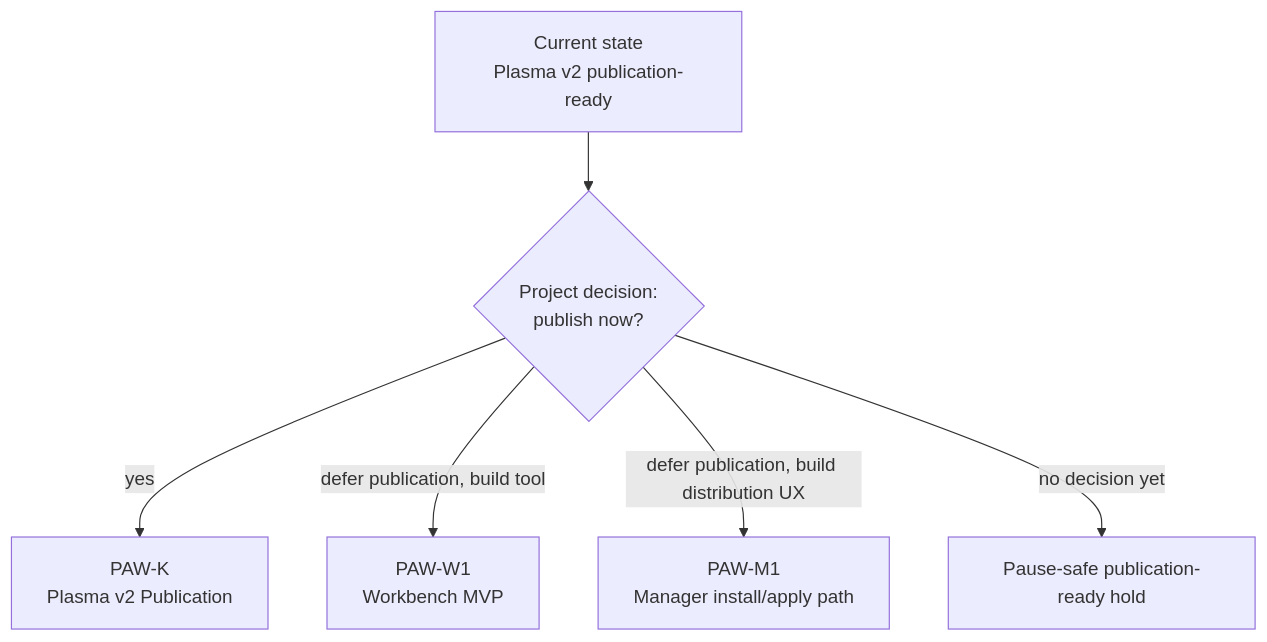
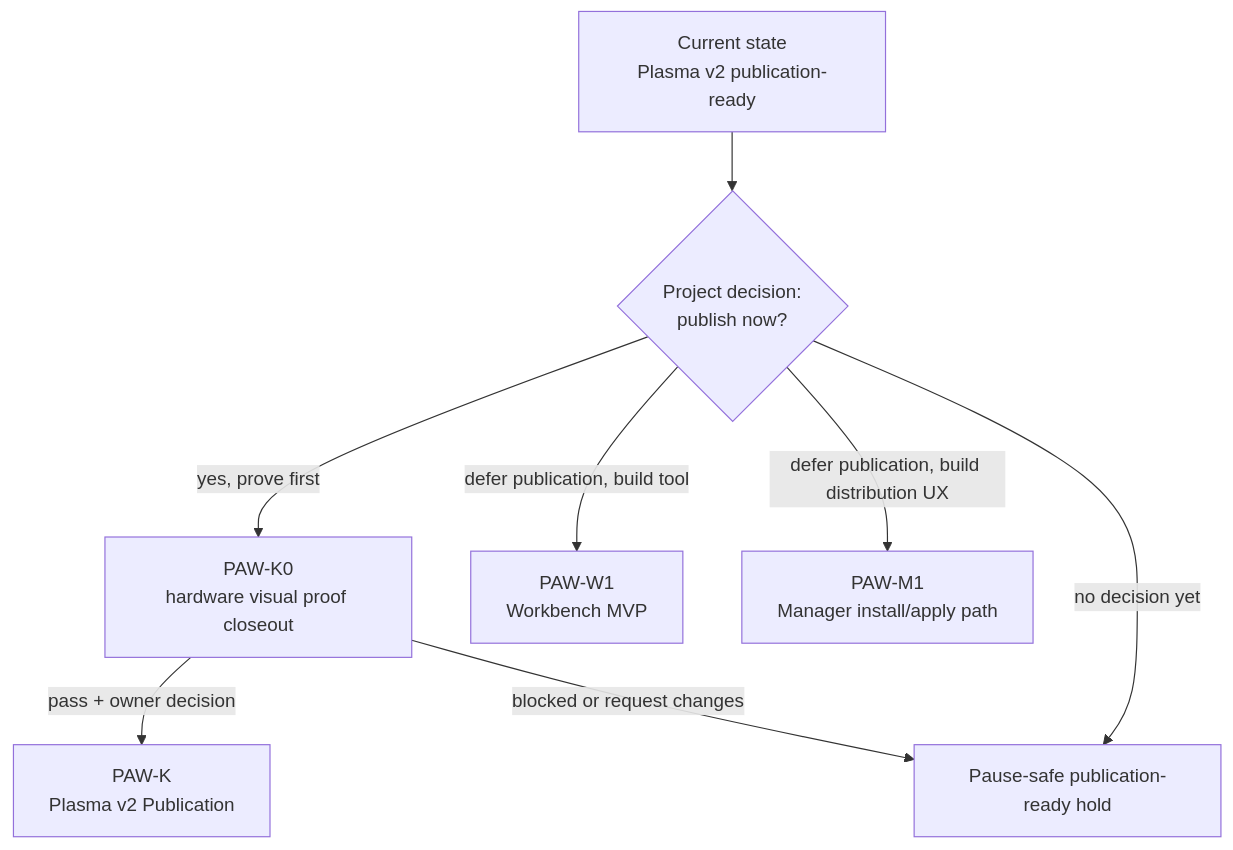
Before and after one commit to Julesc013/screensave: the seventh of 7 diagrams in docs/roadmap/screensave-plasma-report-inventory-2026-06-29.md, drawn with Mermaid. The commit also changed other lines of this file and 42 other files, not shown here.

````diff
--- a/docs/roadmap/screensave-plasma-report-inventory-2026-06-29.md
+++ b/docs/roadmap/screensave-plasma-report-inventory-2026-06-29.md
@@ -278,15 +278,17 @@
 ```mermaid
 flowchart TB
     Start["Current state\nPlasma v2 publication-ready"]
     Publish{"Project decision:\npublish now?"}
+    K0["PAW-K0\nhardware visual proof closeout"]
     K["PAW-K\nPlasma v2 Publication"]
     W["PAW-W1\nWorkbench MVP"]
     M["PAW-M1\nManager install/apply path"]
     Hold["Pause-safe publication-ready hold"]
 
     Start --> Publish
-    Publish -->|yes| K
+    Publish -->|yes, prove first| K0 -->|pass + owner decision| K
+    K0 -->|blocked or request changes| Hold
     Publish -->|defer publication, build tool| W
     Publish -->|defer publication, build distribution UX| M
     Publish -->|no decision yet| Hold
 ```
````
